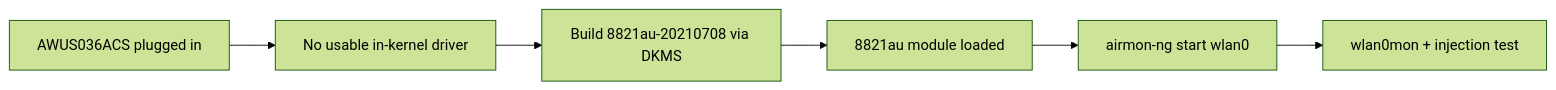
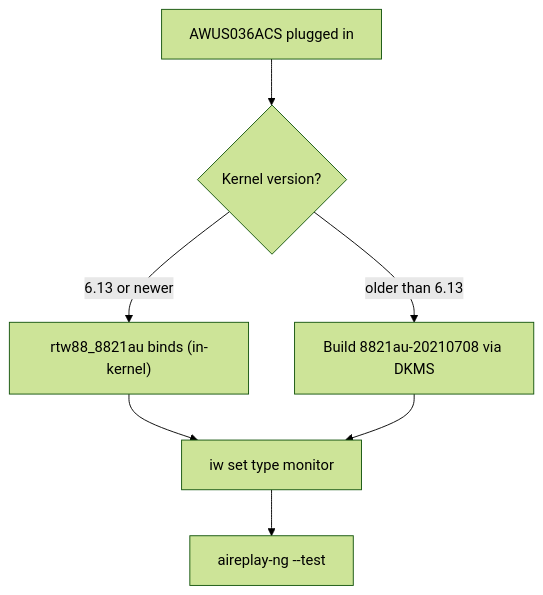
Before and after one commit to yopitek/yupitek-wiki: the diagram in docs/01-alfa-network/drivers/rtl8811au/index.md, drawn with Mermaid (forest theme). The commit also changed other lines of this file and 108 other files, not shown here.

````diff
--- a/docs/01-alfa-network/drivers/rtl8811au/index.md
+++ b/docs/01-alfa-network/drivers/rtl8811au/index.md
@@ -20,8 +26,9 @@
 ```mermaid
-flowchart LR
-    A["AWUS036ACS plugged in"] --> B["No usable in-kernel driver"]
-    B --> C["Build 8821au-20210708 via DKMS"]
-    C --> D["8821au module loaded"]
-    D --> E["airmon-ng start wlan0"]
-    E --> F["wlan0mon + injection test"]
+flowchart TD
+    A["AWUS036ACS plugged in"] --> B{"Kernel version?"}
+    B -->|"6.13 or newer"| C["rtw88_8821au binds (in-kernel)"]
+    B -->|"older than 6.13"| D["Build 8821au-20210708 via DKMS"]
+    C --> E["iw set type monitor"]
+    D --> E
+    E --> F["aireplay-ng --test"]
 ```
````
